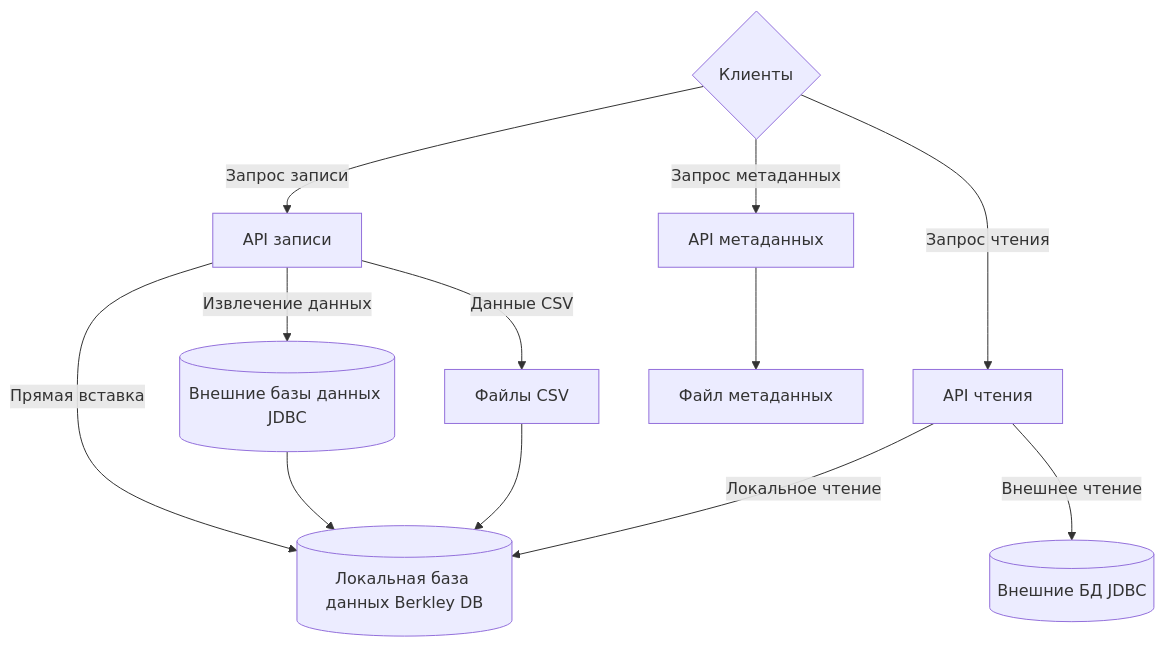
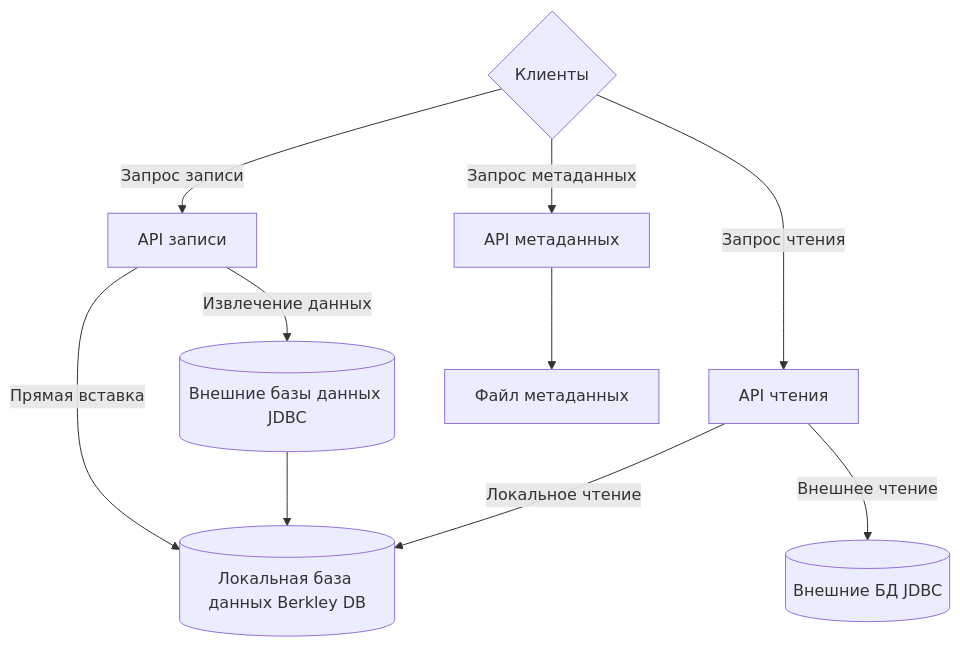
One commit to akardapolov/dimension-db changed the first of 2 diagrams in README-RU.md. Above: the diagram before and after it, drawn with Mermaid. The commit also changed other lines of this file and 49 other files, not shown here.

````diff
--- a/README-RU.md
+++ b/README-RU.md
@@ -363,18 +363,16 @@
 ```mermaid
 flowchart TD
   Клиент{Клиенты}
   Клиент -->|Запрос записи| DStore_Write_Interface[API записи]
   Клиент -->|Запрос чтения| DStore_Read_Interface[API чтения]
   Клиент -->|Запрос метаданных| MetadataAPI[API метаданных]
   
   DStore_Write_Interface --> |Прямая вставка| LocalBerkleyDB[(Локальная база данных Berkley DB)]
   DStore_Write_Interface --> |Извлечение данных| ExternalDB_Write[(Внешние базы данных JDBC)]
   ExternalDB_Write --> LocalBerkleyDB
-  DStore_Write_Interface --> |Данные CSV| CSV_Source[Файлы CSV]
-  CSV_Source --> LocalBerkleyDB
   
   DStore_Read_Interface --> |Локальное чтение| LocalBerkleyDB
   DStore_Read_Interface --> |Внешнее чтение| ExternalDB_Read[(Внешние БД JDBC)]
   
   MetadataAPI --> MetadataStore[Файл метаданных]
 ```
````
